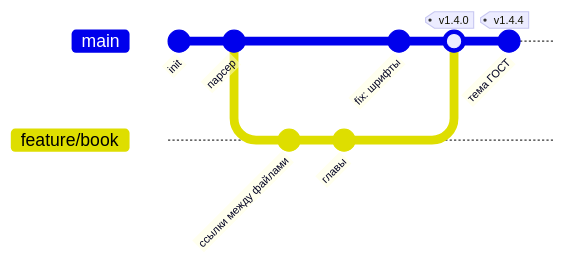
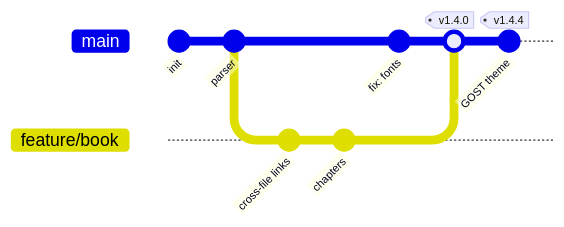
The fifth of 8 diagrams in examples/engineering.md (Kseen715/md2pdfX), drawn with Mermaid before and after one commit. The commit also changed other lines of this file and 25 other files, not shown here.

````diff
--- a/examples/engineering.md
+++ b/examples/engineering.md
@@ -69,13 +69,13 @@
 ```mermaid
 gitGraph
     commit id: "init"
-    commit id: "парсер"
+    commit id: "parser"
     branch feature/book
     checkout feature/book
-    commit id: "ссылки между файлами"
-    commit id: "главы"
+    commit id: "cross-file links"
+    commit id: "chapters"
     checkout main
-    commit id: "fix: шрифты"
+    commit id: "fix: fonts"
     merge feature/book tag: "v1.4.0"
-    commit id: "тема ГОСТ" tag: "v1.4.4"
+    commit id: "GOST theme" tag: "v1.4.4"
 ```
````
